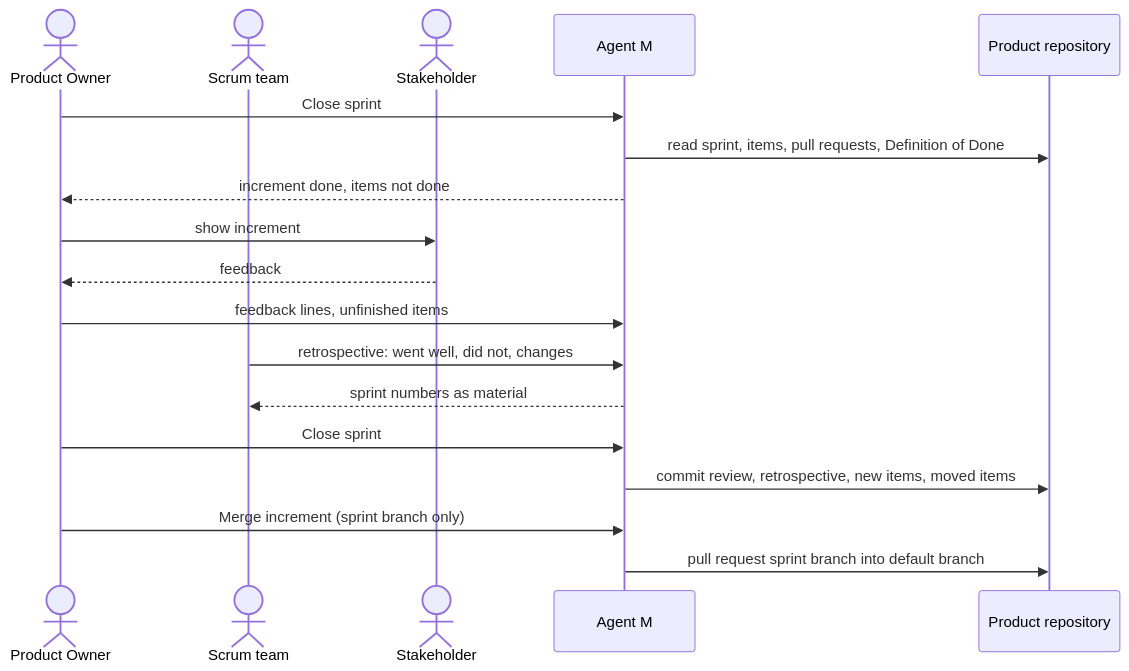
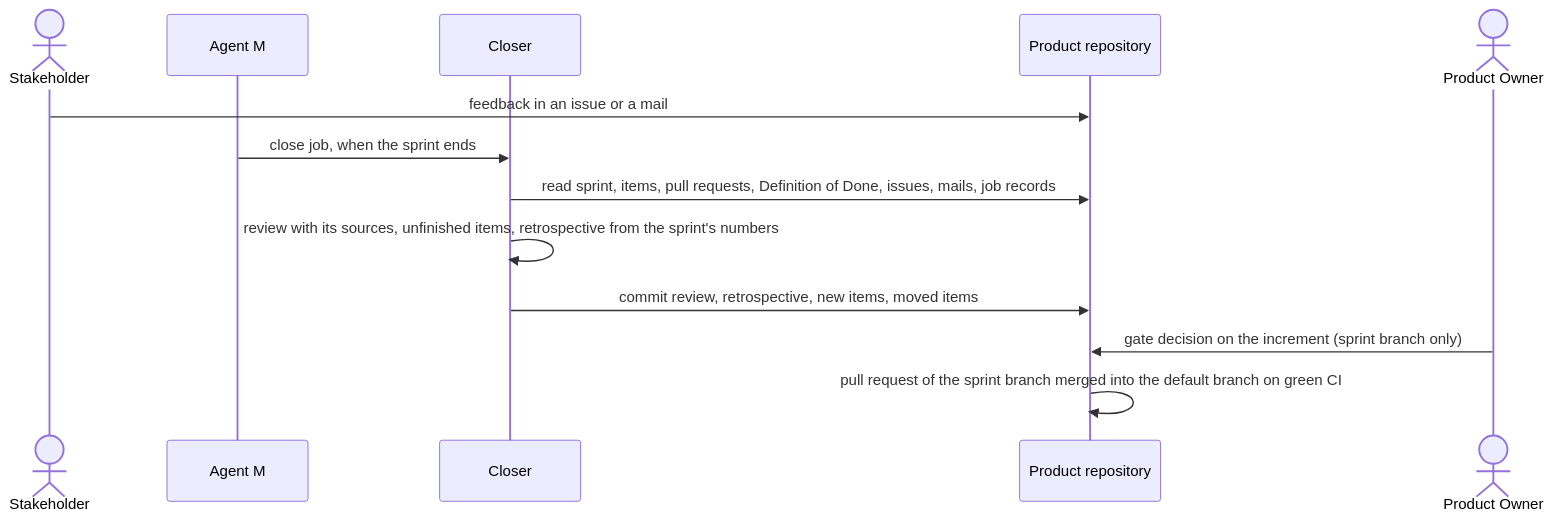
The diagram in docs/use-cases/UC-041-close-a-sprint.md (akmaier/agent-m), drawn with Mermaid before and after one commit. The commit also changed other lines of this file and 22 other files, not shown here.

````diff
--- a/docs/use-cases/UC-041-close-a-sprint.md
+++ b/docs/use-cases/UC-041-close-a-sprint.md
@@ -93,20 +93,15 @@
 ```mermaid
 sequenceDiagram
-    actor O as Product Owner
-    actor T as Scrum team
     actor S as Stakeholder
     participant M as Agent M
+    participant C as Closer
     participant G as Product repository
-    O->>M: Close sprint
-    M->>G: read sprint, items, pull requests, Definition of Done
-    M-->>O: increment done, items not done
-    O->>S: show increment
-    S-->>O: feedback
-    O->>M: feedback lines, unfinished items
-    T->>M: retrospective: went well, did not, changes
-    M-->>T: sprint numbers as material
-    O->>M: Close sprint
-    M->>G: commit review, retrospective, new items, moved items
-    O->>M: Merge increment (sprint branch only)
-    M->>G: pull request sprint branch into default branch
+    actor O as Product Owner
+    S->>G: feedback in an issue or a mail
+    M->>C: close job, when the sprint ends
+    C->>G: read sprint, items, pull requests, Definition of Done, issues, mails, job records
+    C->>C: review with its sources, unfinished items, retrospective from the sprint's numbers
+    C->>G: commit review, retrospective, new items, moved items
+    O->>G: gate decision on the increment (sprint branch only)
+    G->>G: pull request of the sprint branch merged into the default branch on green CI
 ```
````
